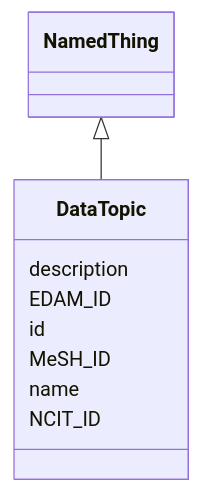
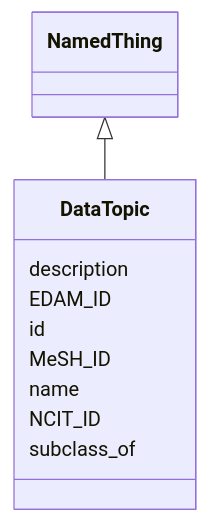
One commit to bridge2ai/standards-schemas changed the diagram in docs/DataTopic.md. Above: the diagram before and after it, drawn with Mermaid. The commit also changed other lines of this file and 57 other files, not shown here.

````diff
--- a/docs/DataTopic.md
+++ b/docs/DataTopic.md
@@ -10,13 +11,14 @@
 ```mermaid
  classDiagram
     class DataTopic
       NamedThing <|-- DataTopic
       
       DataTopic : description
       DataTopic : EDAM_ID
       DataTopic : id
       DataTopic : MeSH_ID
       DataTopic : name
       DataTopic : NCIT_ID
+      DataTopic : subclass_of
       
 ```
````
